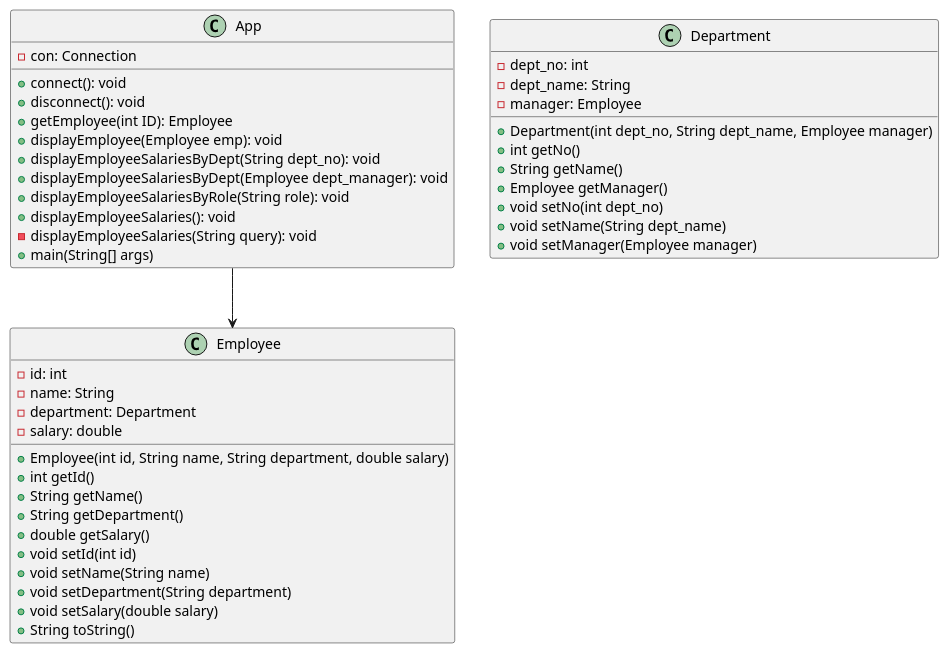
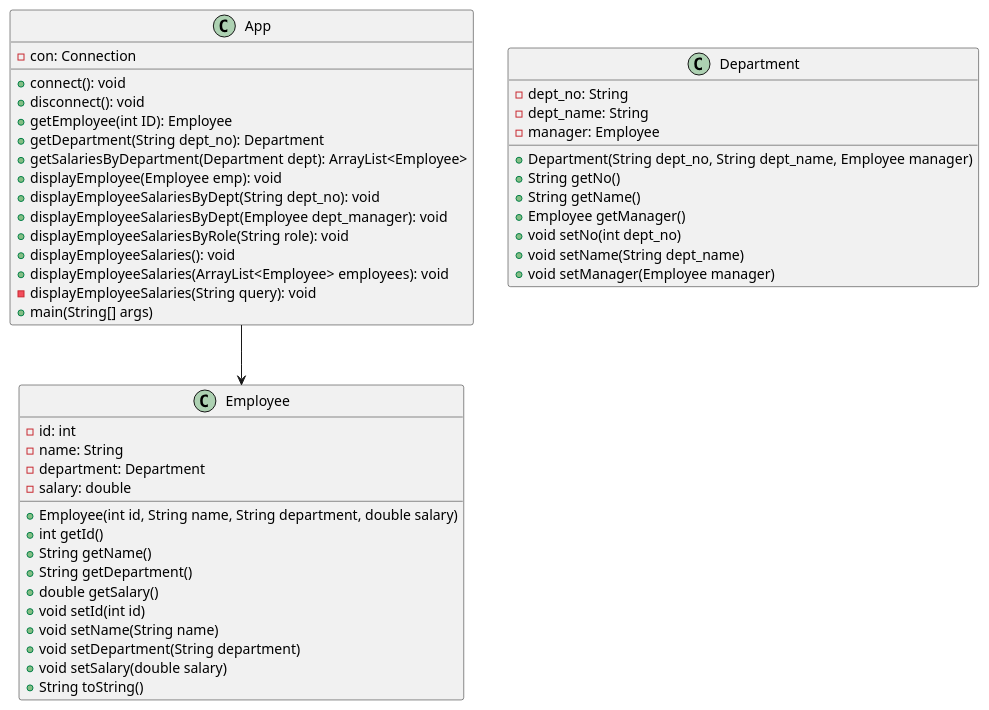
Before and after one commit to ReeceASmith/enu-sem: the diagram in src/main/java/com/napier/sem/UML Class Diagram.puml, drawn with PlantUML.

Commit message:
Updated UML diagram

```diff
--- a/src/main/java/com/napier/sem/UML Class Diagram.puml
+++ b/src/main/java/com/napier/sem/UML Class Diagram.puml
@@ -1,50 +1,53 @@
 @startuml
 'https://plantuml.com/class-diagram
 class Employee {
     -id: int
     -name: String
     -department: Department
     -salary: double
     +Employee(int id, String name, String department, double salary)
     +int getId()
     +String getName()
     +String getDepartment()
     +double getSalary()
     +void setId(int id)
     +void setName(String name)
     +void setDepartment(String department)
     +void setSalary(double salary)
     +String toString()
 }
 class App {
     -con: Connection
 
     +connect(): void
     +disconnect(): void
     +getEmployee(int ID): Employee
+    +getDepartment(String dept_no): Department
+    +getSalariesByDepartment(Department dept): ArrayList<Employee>
     +displayEmployee(Employee emp): void
     +displayEmployeeSalariesByDept(String dept_no): void
     +displayEmployeeSalariesByDept(Employee dept_manager): void
     +displayEmployeeSalariesByRole(String role): void
     +displayEmployeeSalaries(): void
+    +displayEmployeeSalaries(ArrayList<Employee> employees): void
     -displayEmployeeSalaries(String query): void
     +main(String[] args)
 }
 
 class Department {
-    -dept_no: int
+    -dept_no: String
     -dept_name: String
     -manager: Employee
 
-    +Department(int dept_no, String dept_name, Employee manager)
-    +int getNo()
+    +Department(String dept_no, String dept_name, Employee manager)
+    +String getNo()
     +String getName()
     +Employee getManager()
     +void setNo(int dept_no)
     +void setName(String dept_name)
     +void setManager(Employee manager)
 }
 
 App --> Employee
 
 @enduml
```
